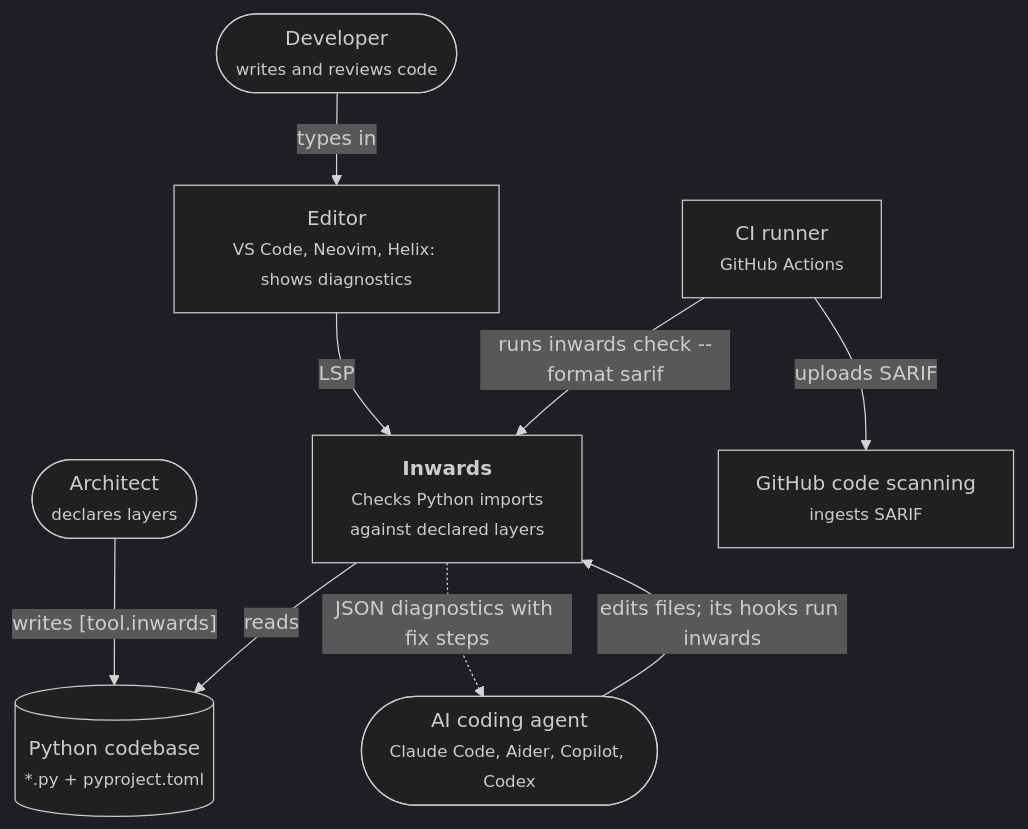
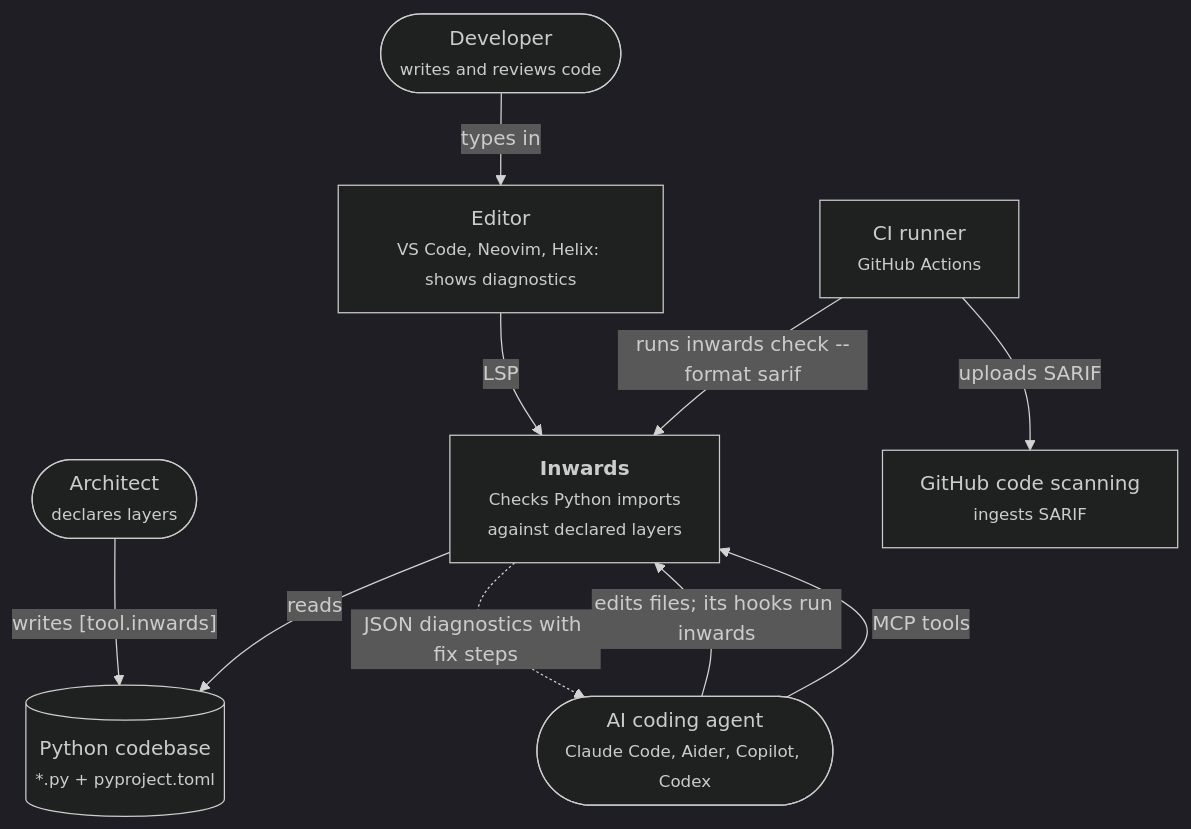
One commit to SirCypkowskyy/inwards changed the first of 6 diagrams in docs/chapters/03-Architecture-C4.md. Above: the diagram before and after it, drawn with Mermaid (dark theme). The commit also changed other lines of this file and 44 other files, not shown here.

First line of the commit message:
feat(cli): add `inwards mcp`, an MCP server with check_files, explain_rule and where_should_this_go

````diff
--- a/docs/chapters/03-Architecture-C4.md
+++ b/docs/chapters/03-Architecture-C4.md
@@ -12,23 +12,24 @@
 ```mermaid
 flowchart TB
     architect(["Architect<br/><small>declares layers</small>"])
     dev(["Developer<br/><small>writes and reviews code</small>"])
     agent(["AI coding agent<br/><small>Claude Code, Aider, Copilot, Codex</small>"])
 
     inwards["<b>Inwards</b><br/><small>Checks Python imports<br/>against declared layers</small>"]
 
     repo[("Python codebase<br/><small>*.py + pyproject.toml</small>")]
     editor["Editor<br/><small>VS Code, Neovim, Helix: shows diagnostics</small>"]
     ci["CI runner<br/><small>GitHub Actions</small>"]
     scanning["GitHub code scanning<br/><small>ingests SARIF</small>"]
 
     architect -- "writes [tool.inwards]" --> repo
     agent -- "edits files; its hooks run inwards" --> inwards
+    agent -- "MCP tools" --> inwards
     dev -- "types in" --> editor
     editor -- "LSP" --> inwards
     ci -- "runs inwards check --format sarif" --> inwards
     inwards -- "reads" --> repo
     ci -- "uploads SARIF" --> scanning
     inwards -. "JSON diagnostics with fix steps" .-> agent
 
 ```
````
